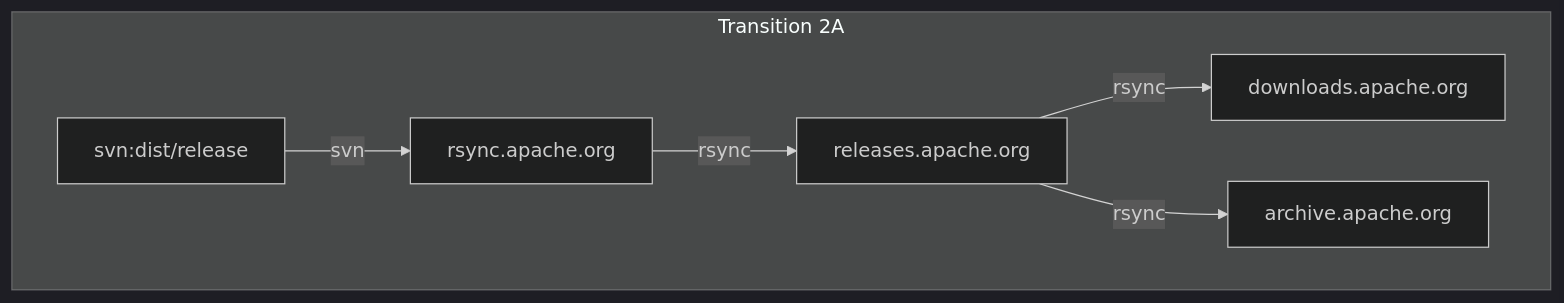
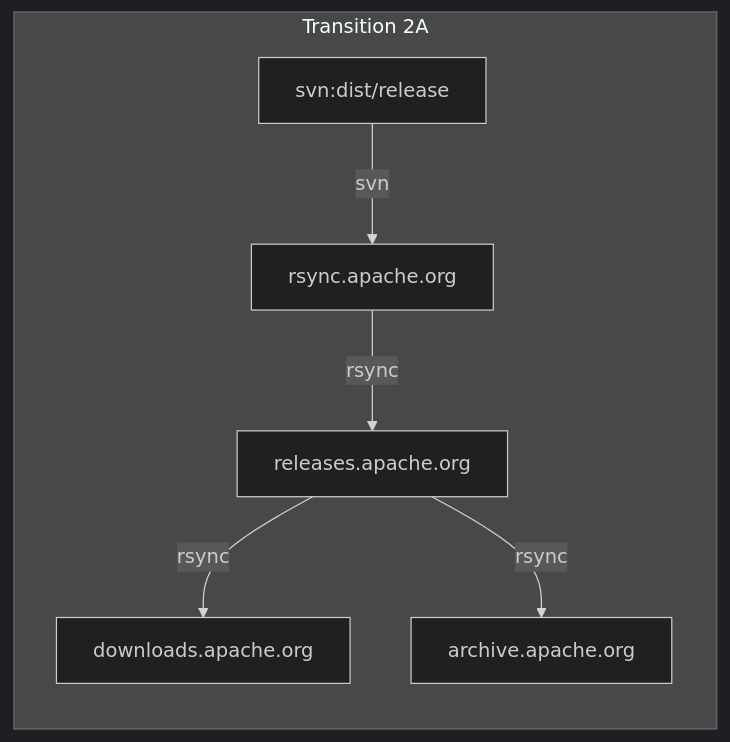
One commit to jbampton/tooling-docs changed the third of 6 diagrams in content/pages/svn-dist.md. Above: the diagram before and after it, drawn with Mermaid (dark theme). The commit also changed other lines of this file, not shown here.

Commit message:
LR mermaid charts

````diff
--- a/content/pages/svn-dist.md
+++ b/content/pages/svn-dist.md
@@ -73,14 +73,14 @@
 ```mermaid
-flowchart TD
+flowchart LR
   subgraph Transition 2A
     A[svn:dist/release]
     B[rsync.apache.org]
     A -->|svn| B
     ATR[releases.apache.org]
     B -->|rsync| ATR
     C["downloads.apache.org"]
     D[archive.apache.org]
     ATR -->|rsync| C
     ATR -->|rsync| D
   end
 ```
````
